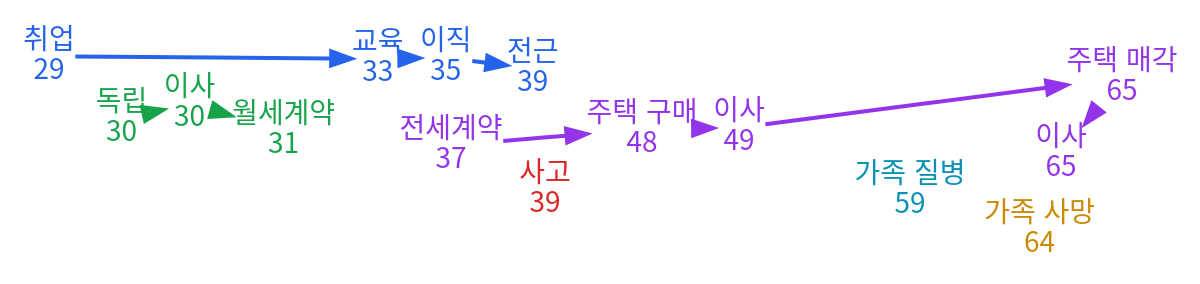
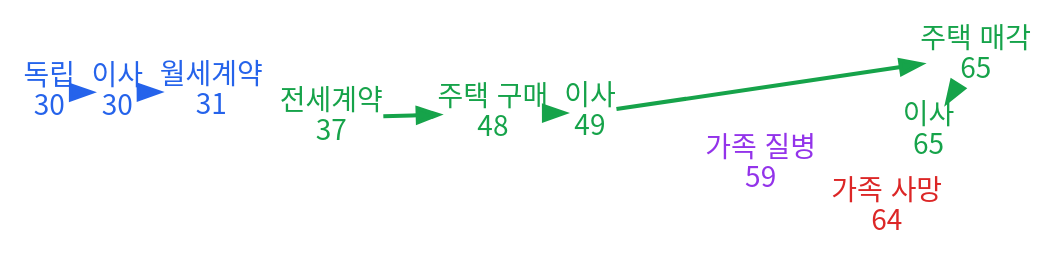
Before and after one commit to hanliger/life-event-benchmark-v2: the diagram in life_generator/out/samples/sample_seed_46.dot, drawn with Graphviz. The commit also changed 83 other files, not shown here.

```diff
--- a/life_generator/out/samples/sample_seed_46.dot
+++ b/life_generator/out/samples/sample_seed_46.dot
@@ -1,29 +1,21 @@
 digraph sample_life_path {
   graph [layout=neato, overlap=false, splines=true, outputorder=edgesfirst];
   node [shape=plain, fontname="Noto Sans CJK KR"];
   edge [penwidth=2.0];
-  "event_0" [label="취업\n29", pos="0.9,0.0!", fontcolor="#2563eb"];
-  "event_1" [label="독립\n30", pos="1.8,-0.8!", fontcolor="#16a34a"];
-  "event_2" [label="이사\n30", pos="1.8,-0.8!", fontcolor="#16a34a"];
-  "event_3" [label="월세계약\n31", pos="2.7,-0.8!", fontcolor="#16a34a"];
-  "event_4" [label="교육\n33", pos="4.5,0.0!", fontcolor="#2563eb"];
-  "event_5" [label="이직\n35", pos="6.3,0.0!", fontcolor="#2563eb"];
-  "event_6" [label="전세계약\n37", pos="8.1,-1.6!", fontcolor="#9333ea"];
-  "event_7" [label="사고\n39", pos="9.9,-2.4000000000000004!", fontcolor="#dc2626"];
-  "event_8" [label="전근\n39", pos="9.9,0.0!", fontcolor="#2563eb"];
-  "event_9" [label="주택 구매\n48", pos="18.0,-1.6!", fontcolor="#9333ea"];
-  "event_10" [label="이사\n49", pos="18.900000000000002,-1.6!", fontcolor="#9333ea"];
-  "event_11" [label="가족 질병\n59", pos="27.900000000000002,-3.2!", fontcolor="#0891b2"];
-  "event_12" [label="가족 사망\n64", pos="32.4,-4.0!", fontcolor="#ca8a04"];
-  "event_13" [label="주택 매각\n65", pos="33.300000000000004,-1.6!", fontcolor="#9333ea"];
-  "event_14" [label="이사\n65", pos="33.300000000000004,-1.6!", fontcolor="#9333ea"];
-  "event_6" -> "event_9" [color="#9333ea"];
-  "event_9" -> "event_10" [color="#9333ea"];
-  "event_10" -> "event_13" [color="#9333ea"];
-  "event_13" -> "event_14" [color="#9333ea"];
-  "event_1" -> "event_2" [color="#16a34a"];
-  "event_2" -> "event_3" [color="#16a34a"];
-  "event_0" -> "event_4" [color="#2563eb"];
-  "event_4" -> "event_5" [color="#2563eb"];
-  "event_5" -> "event_8" [color="#2563eb"];
+  "event_0" [label="독립\n30", pos="0.9,0.0!", fontcolor="#2563eb"];
+  "event_1" [label="이사\n30", pos="0.9,0.0!", fontcolor="#2563eb"];
+  "event_2" [label="월세계약\n31", pos="1.8,0.0!", fontcolor="#2563eb"];
+  "event_3" [label="전세계약\n37", pos="7.2,-0.8!", fontcolor="#16a34a"];
+  "event_4" [label="주택 구매\n48", pos="17.1,-0.8!", fontcolor="#16a34a"];
+  "event_5" [label="이사\n49", pos="18.0,-0.8!", fontcolor="#16a34a"];
+  "event_6" [label="가족 질병\n59", pos="27.0,-1.6!", fontcolor="#9333ea"];
+  "event_7" [label="가족 사망\n64", pos="31.5,-2.4000000000000004!", fontcolor="#dc2626"];
+  "event_8" [label="주택 매각\n65", pos="32.4,-0.8!", fontcolor="#16a34a"];
+  "event_9" [label="이사\n65", pos="32.4,-0.8!", fontcolor="#16a34a"];
+  "event_3" -> "event_4" [color="#16a34a"];
+  "event_4" -> "event_5" [color="#16a34a"];
+  "event_5" -> "event_8" [color="#16a34a"];
+  "event_8" -> "event_9" [color="#16a34a"];
+  "event_0" -> "event_1" [color="#2563eb"];
+  "event_1" -> "event_2" [color="#2563eb"];
 }
```
